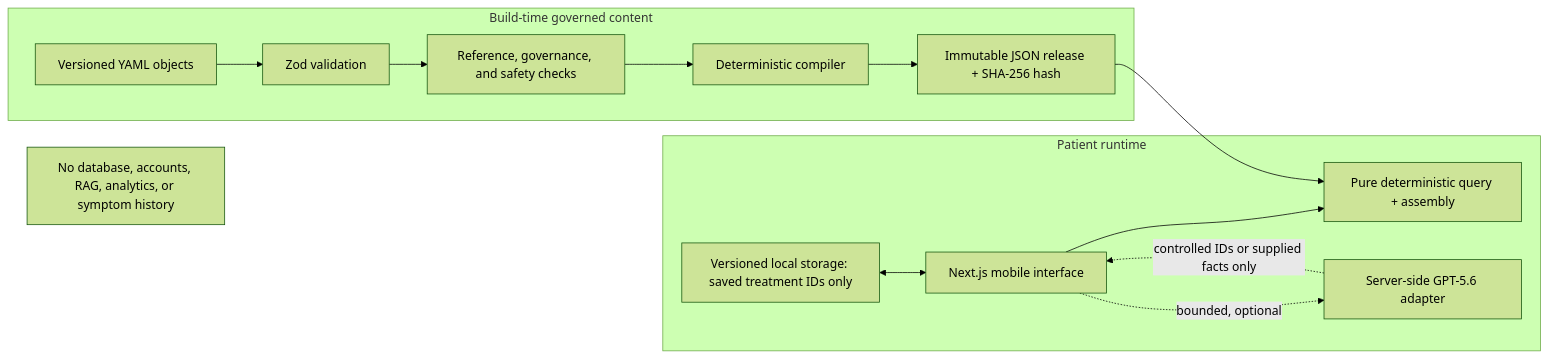
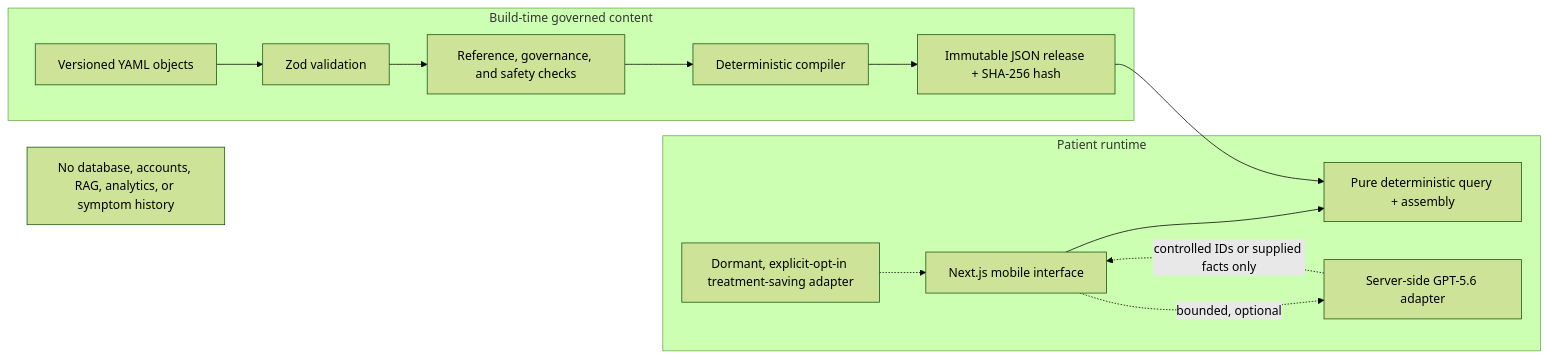
One commit to KesisMeasurementSisters/ariad-breast-toxicity-companion changed the diagram in README.md. Above: the diagram before and after it, drawn with Mermaid (forest theme). The commit also changed other lines of this file and 18 other files, not shown here.

First line of the commit message:
feat(competition): disable treatment saving

````diff
--- a/README.md
+++ b/README.md
@@ -138,19 +138,19 @@
 ```mermaid
 flowchart LR
   subgraph Build["Build-time governed content"]
     Y["Versioned YAML objects"] --> Z["Zod validation"]
     Z --> V["Reference, governance, and safety checks"]
     V --> C["Deterministic compiler"]
     C --> R["Immutable JSON release + SHA-256 hash"]
   end
 
   subgraph Runtime["Patient runtime"]
     UI["Next.js mobile interface"] --> Q["Pure deterministic query + assembly"]
     R --> Q
     UI -. "bounded, optional" .-> AI["Server-side GPT-5.6 adapter"]
     AI -. "controlled IDs or supplied facts only" .-> UI
-    LS["Versioned local storage: saved treatment IDs only"] <--> UI
+    LS["Dormant, explicit-opt-in treatment-saving adapter"] -.-> UI
   end
 
   DB["No database, accounts, RAG, analytics, or symptom history"]
 ```
````
